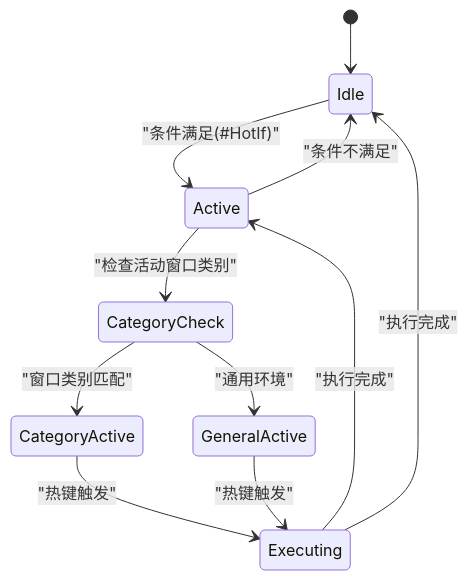
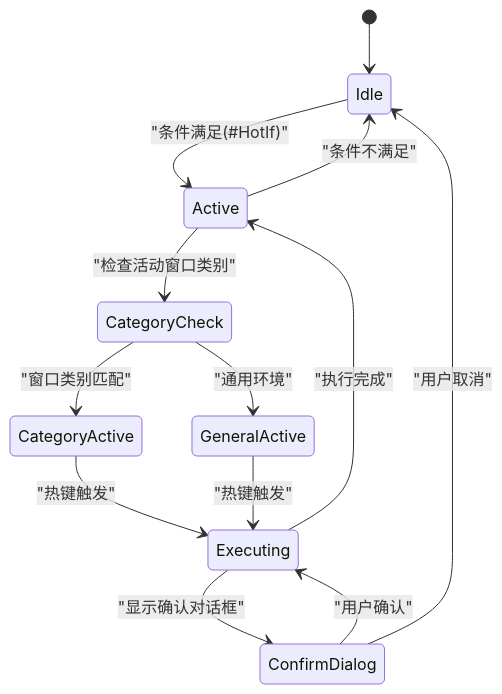
The ninth of 13 diagrams in .qoder/repowiki/zh/content/核心功能/热键管理系统.md (wangys-123doit/hotkey), drawn with Mermaid before and after one commit. The commit also changed other lines of this file and 11 other files, not shown here.

````diff
--- a/.qoder/repowiki/zh/content/核心功能/热键管理系统.md
+++ b/.qoder/repowiki/zh/content/核心功能/热键管理系统.md
@@ -296,13 +331,15 @@
 ```mermaid
 stateDiagram-v2
 [*] --> Idle
 Idle --> Active : "条件满足(#HotIf)"
 Active --> CategoryCheck : "检查活动窗口类别"
 CategoryCheck --> CategoryActive : "窗口类别匹配"
 CategoryCheck --> GeneralActive : "通用环境"
 CategoryActive --> Executing : "热键触发"
 GeneralActive --> Executing : "热键触发"
+Executing --> ConfirmDialog : "显示确认对话框"
+ConfirmDialog --> Executing : "用户确认"
+ConfirmDialog --> Idle : "用户取消"
 Executing --> Active : "执行完成"
 Active --> Idle : "条件不满足"
-Executing --> Idle : "执行完成"
 ```
````
